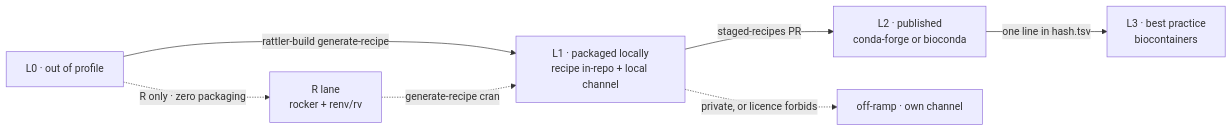
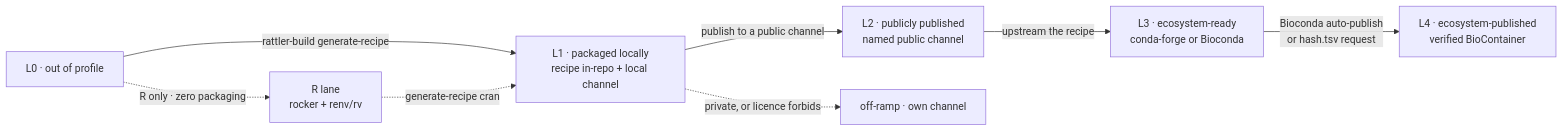
One commit to jmchilton/biopixi changed the diagram in README.md. Above: the diagram before and after it, drawn with Mermaid. The commit also changed other lines of this file and 12 other files, not shown here.

````diff
--- a/README.md
+++ b/README.md
@@ -61,10 +98,11 @@
 ```mermaid
 flowchart LR
     L0["L0 · out of profile"] -- "rattler-build generate-recipe" --> L1
-    L1["L1 · packaged locally<br/>recipe in-repo + local channel"] -- "staged-recipes PR" --> L2
-    L2["L2 · published<br/>conda-forge or bioconda"] -- "one line in hash.tsv" --> L3
-    L3["L3 · best practice<br/>biocontainers"]
+    L1["L1 · packaged locally<br/>recipe in-repo + local channel"] -- "publish to a public channel" --> L2
+    L2["L2 · publicly published<br/>named public channel"] -- "upstream the recipe" --> L3
+    L3["L3 · ecosystem-ready<br/>conda-forge or Bioconda"] -- "Bioconda auto-publish<br/>or hash.tsv request" --> L4
+    L4["L4 · ecosystem-published<br/>verified BioContainer"]
     L0 -. "R only · zero packaging" .-> RL["R lane<br/>rocker + renv/rv"]
     RL -. "generate-recipe cran" .-> L1
     L1 -. "private, or licence forbids" .-> OFF["off-ramp · own channel"]
 ```
````
